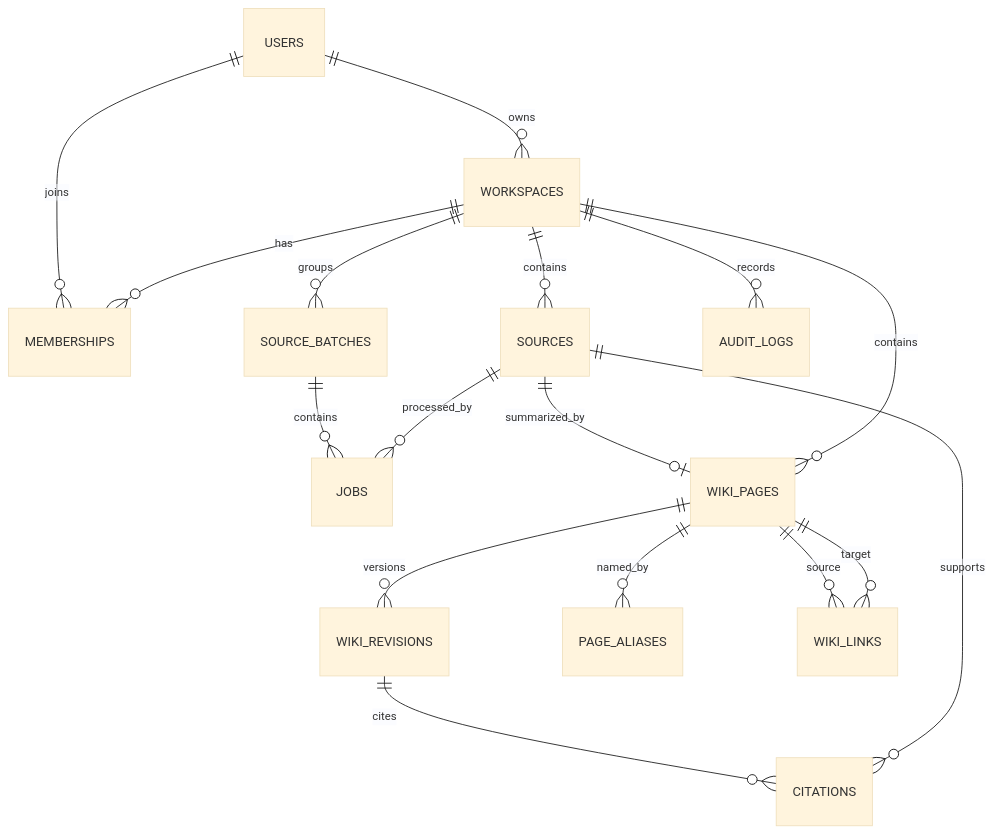
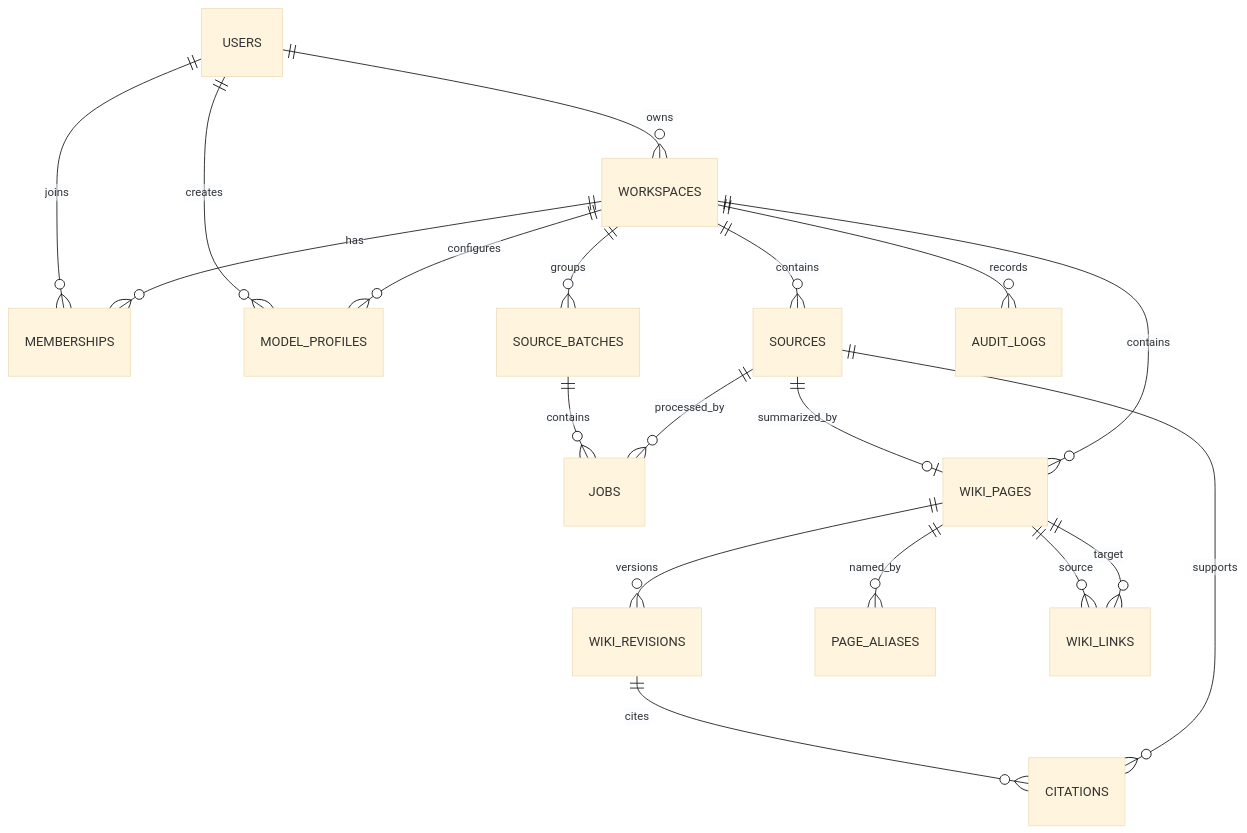
Before and after one commit to Archangel-he/local-llm-wiki: the diagram in docs/data-model.md, drawn with Mermaid (base theme). The commit also changed other lines of this file and 11 other files, not shown here.

````diff
--- a/docs/data-model.md
+++ b/docs/data-model.md
@@ -24,19 +24,21 @@
 ```mermaid
 erDiagram
     USERS ||--o{ WORKSPACES : owns
     USERS ||--o{ MEMBERSHIPS : joins
+    USERS ||--o{ MODEL_PROFILES : creates
     WORKSPACES ||--o{ MEMBERSHIPS : has
+    WORKSPACES ||--o{ MODEL_PROFILES : configures
     WORKSPACES ||--o{ SOURCES : contains
     WORKSPACES ||--o{ SOURCE_BATCHES : groups
     SOURCE_BATCHES ||--o{ JOBS : contains
     SOURCES ||--o{ JOBS : processed_by
     SOURCES ||--o| WIKI_PAGES : summarized_by
     WORKSPACES ||--o{ WIKI_PAGES : contains
     WIKI_PAGES ||--o{ WIKI_REVISIONS : versions
     WIKI_PAGES ||--o{ PAGE_ALIASES : named_by
     WIKI_PAGES ||--o{ WIKI_LINKS : source
     WIKI_PAGES ||--o{ WIKI_LINKS : target
     WIKI_REVISIONS ||--o{ CITATIONS : cites
     SOURCES ||--o{ CITATIONS : supports
     WORKSPACES ||--o{ AUDIT_LOGS : records
 ```
````
